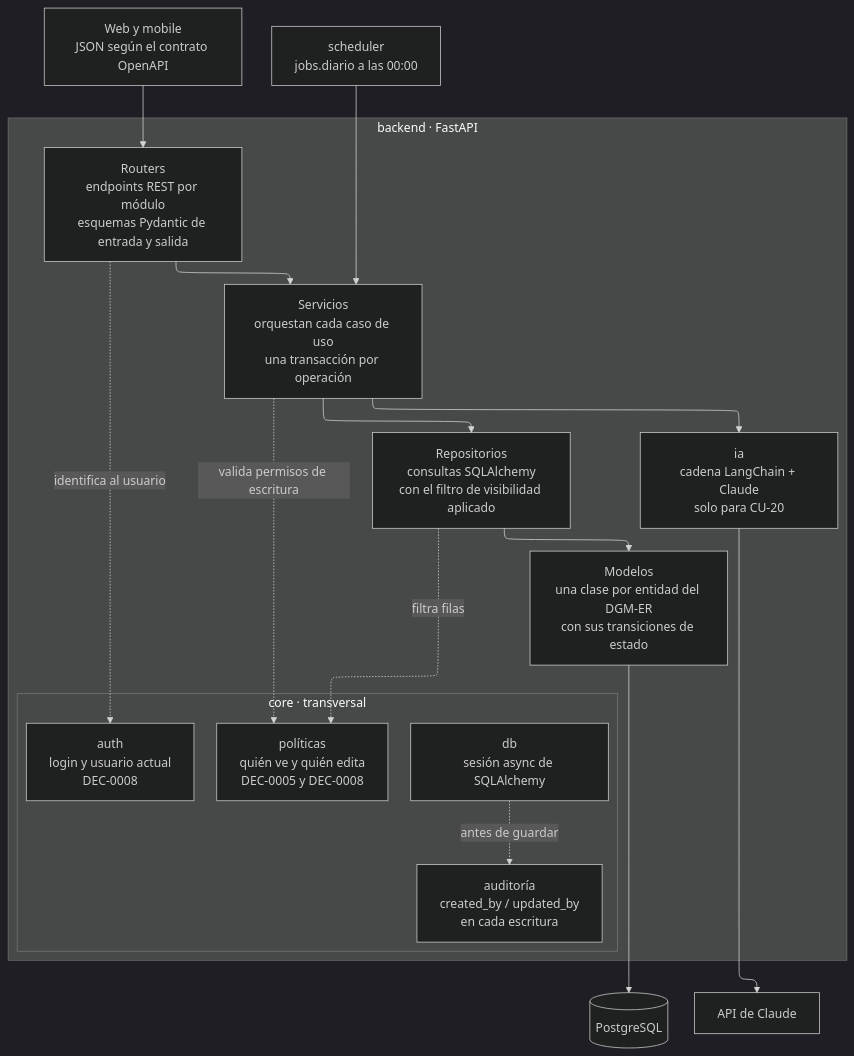
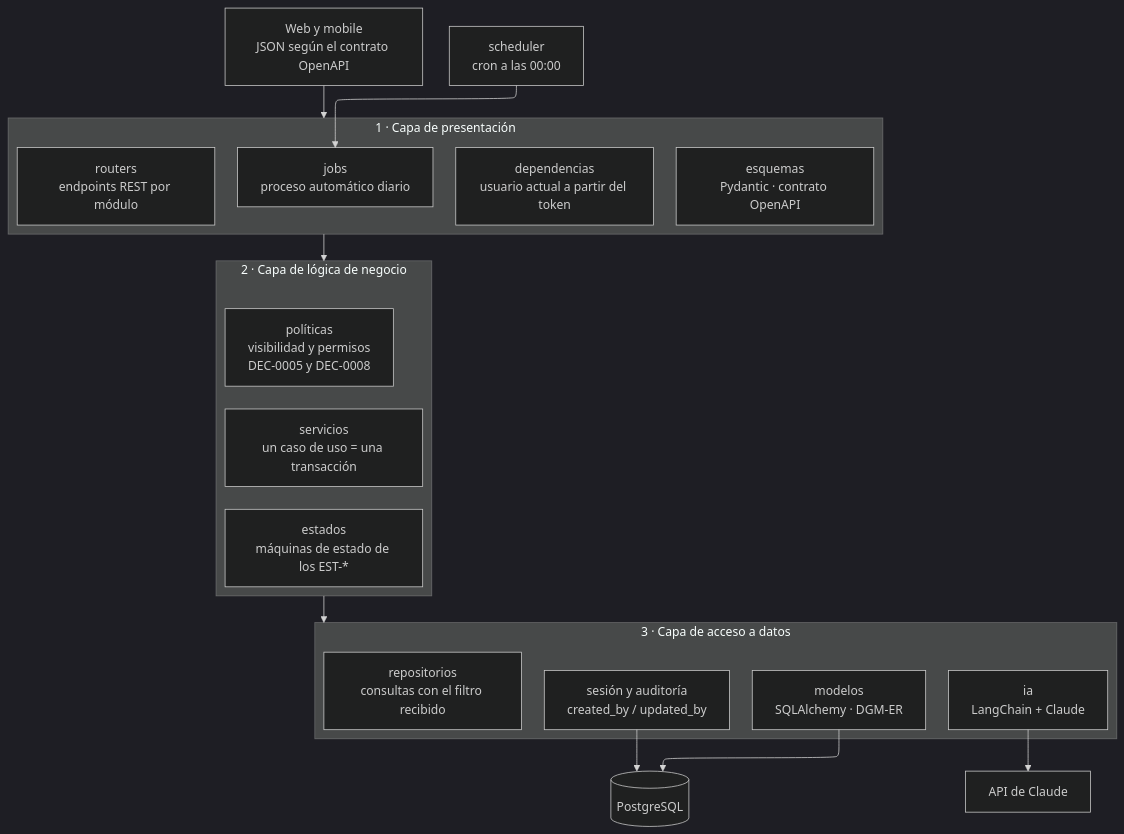
Before and after one commit to FranLuciano04/Vault-Rumbo: the third of 4 diagrams in 05-Diseño/Arquitectura/ARQ — Vista general.md, drawn with Mermaid (dark theme). The commit also changed other lines of this file and 3 other files, not shown here.

First line of the commit message:
A3: reorganizar la vista lógica del backend en el modelo de tres capas

````diff
--- a/05-Diseño/Arquitectura/ARQ — Vista general.md
+++ b/05-Diseño/Arquitectura/ARQ — Vista general.md
@@ -102,39 +102,40 @@
 ```mermaid
 %%{init: {"flowchart": {"defaultRenderer": "elk"}} }%%
 flowchart TB
     Front["Web y mobile<br/>JSON según el contrato OpenAPI"]
-    Sched["scheduler<br/>jobs.diario a las 00:00"]
+    Sched["scheduler<br/>cron a las 00:00"]
 
-    subgraph Backend["backend · FastAPI"]
-      direction TB
-      R["Routers<br/>endpoints REST por módulo<br/>esquemas Pydantic de entrada y salida"]
-      S["Servicios<br/>orquestan cada caso de uso<br/>una transacción por operación"]
-      Rep["Repositorios<br/>consultas SQLAlchemy<br/>con el filtro de visibilidad aplicado"]
-      M["Modelos<br/>una clase por entidad del DGM-ER<br/>con sus transiciones de estado"]
-      IA["ia<br/>cadena LangChain + Claude<br/>solo para CU-20"]
+    subgraph P["1 · Capa de presentación"]
+      direction LR
+      R["routers<br/>endpoints REST por módulo"]
+      Esq["esquemas<br/>Pydantic · contrato OpenAPI"]
+      Dep["dependencias<br/>usuario actual a partir del token"]
+      Job["jobs<br/>proceso automático diario"]
+    end
 
-      subgraph Core["core · transversal"]
-        direction LR
-        Auth["auth<br/>login y usuario actual<br/>DEC-0008"]
-        Pol["políticas<br/>quién ve y quién edita<br/>DEC-0005 y DEC-0008"]
-        Aud["auditoría<br/>created_by / updated_by<br/>en cada escritura"]
-        Ses["db<br/>sesión async de SQLAlchemy"]
-      end
+    subgraph N["2 · Capa de lógica de negocio"]
+      direction LR
+      S["servicios<br/>un caso de uso = una transacción"]
+      Est["estados<br/>máquinas de estado de los EST-*"]
+      Pol["políticas<br/>visibilidad y permisos<br/>DEC-0005 y DEC-0008"]
+    end
+
+    subgraph D["3 · Capa de acceso a datos"]
+      direction LR
+      Rep["repositorios<br/>consultas con el filtro recibido"]
+      Mod["modelos<br/>SQLAlchemy · DGM-ER"]
+      Ses["sesión y auditoría<br/>created_by / updated_by"]
+      IA["ia<br/>LangChain + Claude"]
     end
 
     DB[("PostgreSQL")]
     Claude["API de Claude"]
 
-    Front --> R
-    R --> S
-    Sched --> S
-    S --> Rep
-    Rep --> M
-    M --> DB
-    S --> IA
+    Front --> P
+    Sched --> Job
+    P --> N
+    N --> D
+    Mod --> DB
+    Ses --> DB
     IA --> Claude
-    R -. "identifica al usuario" .-> Auth
-    Rep -. "filtra filas" .-> Pol
-    S -. "valida permisos de escritura" .-> Pol
-    Ses -. "antes de guardar" .-> Aud
 ```
````
